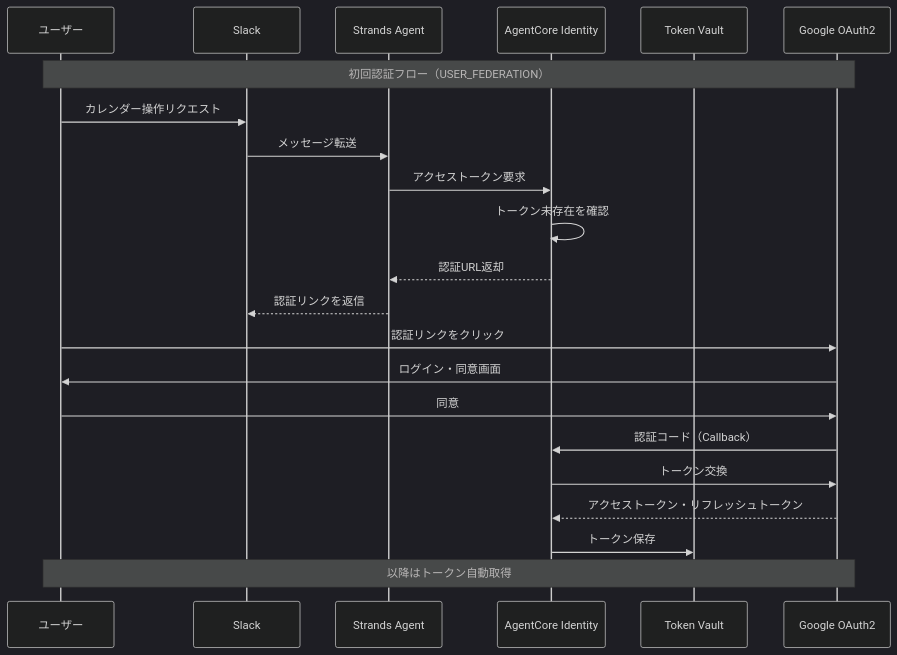
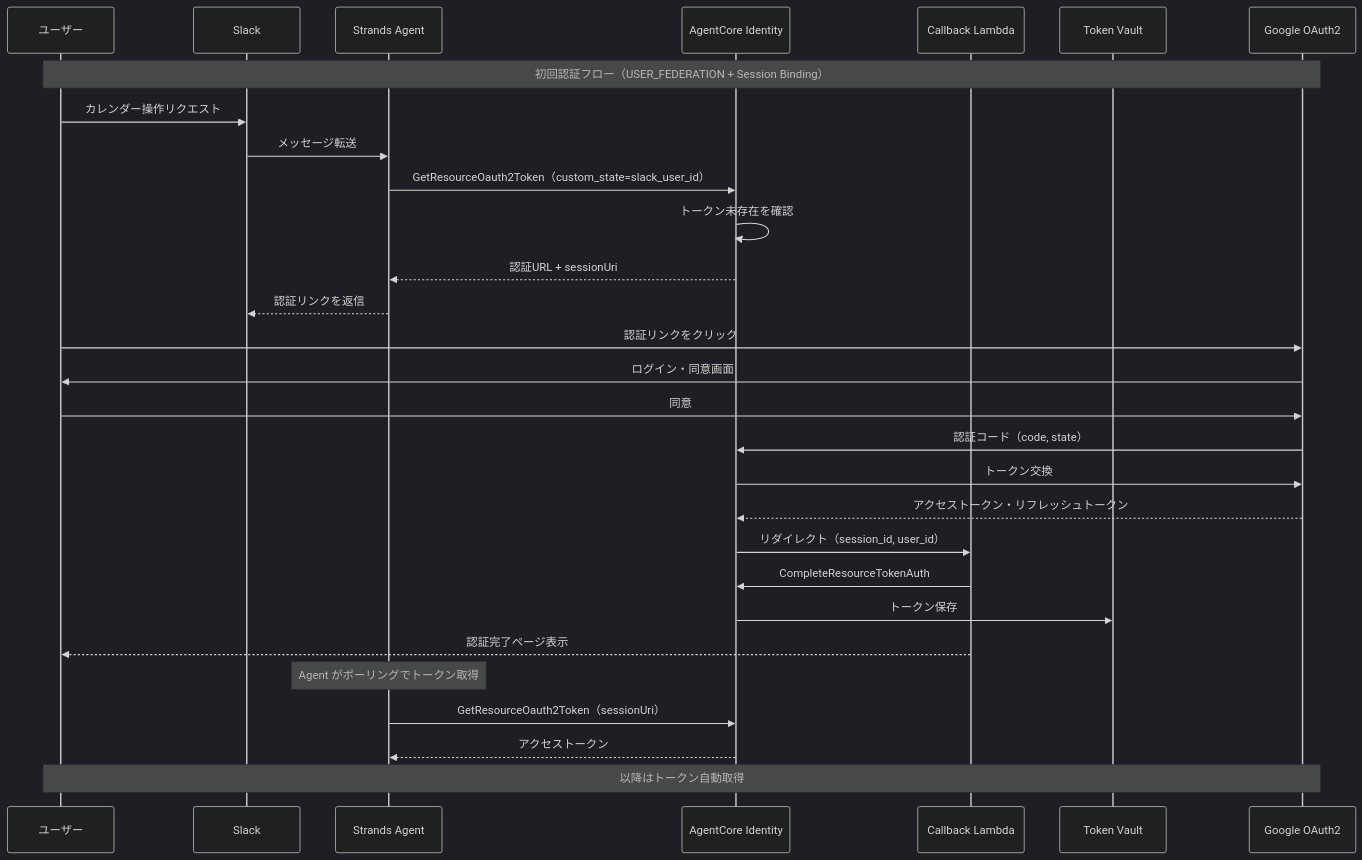
One commit to foie0222/mynion changed the fifth of 6 diagrams in docs/functional-design.md. Above: the diagram before and after it, drawn with Mermaid (dark theme). The commit also changed other lines of this file and 22 other files, not shown here.

````diff
--- a/docs/functional-design.md
+++ b/docs/functional-design.md
@@ -150,25 +157,32 @@
 ```mermaid
 sequenceDiagram
     participant User as ユーザー
     participant Slack as Slack
     participant Agent as Strands Agent
     participant Identity as AgentCore Identity
+    participant Callback as Callback Lambda
     participant TokenVault as Token Vault
     participant Google as Google OAuth2
 
-    Note over User,Google: 初回認証フロー（USER_FEDERATION）
+    Note over User,Google: 初回認証フロー（USER_FEDERATION + Session Binding）
     User->>Slack: カレンダー操作リクエスト
     Slack->>Agent: メッセージ転送
-    Agent->>Identity: アクセストークン要求
+    Agent->>Identity: GetResourceOauth2Token（custom_state=slack_user_id）
     Identity->>Identity: トークン未存在を確認
-    Identity-->>Agent: 認証URL返却
+    Identity-->>Agent: 認証URL + sessionUri
     Agent-->>Slack: 認証リンクを返信
     User->>Google: 認証リンクをクリック
     Google->>User: ログイン・同意画面
     User->>Google: 同意
-    Google->>Identity: 認証コード（Callback）
+    Google->>Identity: 認証コード（code, state）
     Identity->>Google: トークン交換
     Google-->>Identity: アクセストークン・リフレッシュトークン
+    Identity->>Callback: リダイレクト（session_id, user_id）
+    Callback->>Identity: CompleteResourceTokenAuth
     Identity->>TokenVault: トークン保存
+    Callback-->>User: 認証完了ページ表示
+    Note over Agent: Agent がポーリングでトークン取得
+    Agent->>Identity: GetResourceOauth2Token（sessionUri）
+    Identity-->>Agent: アクセストークン
     Note over User,Google: 以降はトークン自動取得
 ```
````
